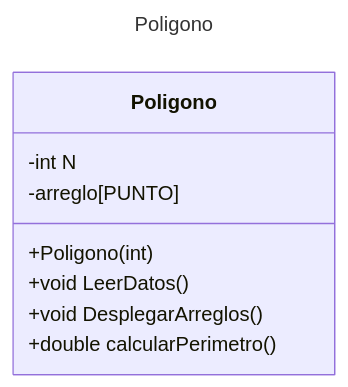
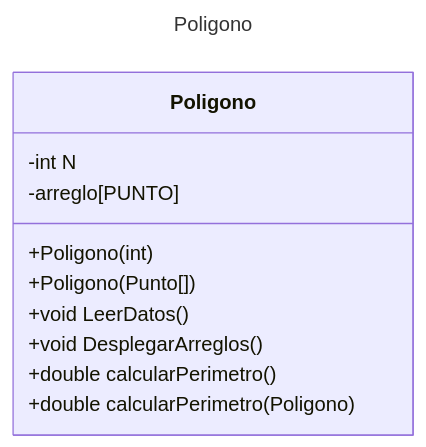
Before and after one commit to CLA-PRA/GHUB.java.EJ.TAD.LourdesArmenta: diagram 11 of 11 in README.md, drawn with Mermaid. The commit also changed other lines of this file and 18 other files, not shown here.

````diff
--- a/README.md
+++ b/README.md
@@ -232,14 +288,16 @@
 ```mermaid
 ---
 title: Poligono
 ---
 classDiagram
       class Poligono
       Poligono: -int N 
       Poligono: -arreglo[PUNTO]
       Poligono: +Poligono(int)
+      Poligono: +Poligono(Punto[])
       Poligono: +void LeerDatos()
       Poligono: +void DesplegarArreglos()
       Poligono: +double calcularPerimetro()
+      Poligono: +double calcularPerimetro(Poligono)
       
 ```
````
